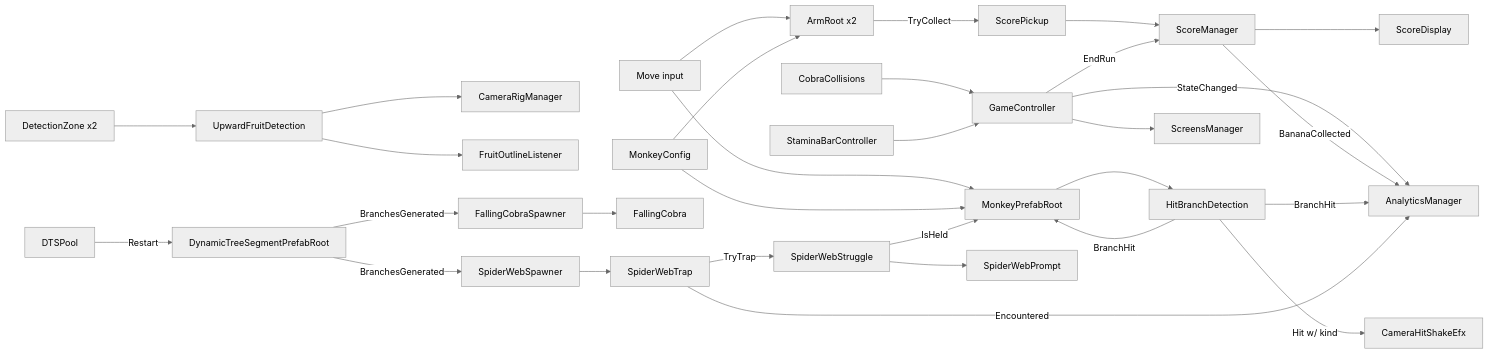
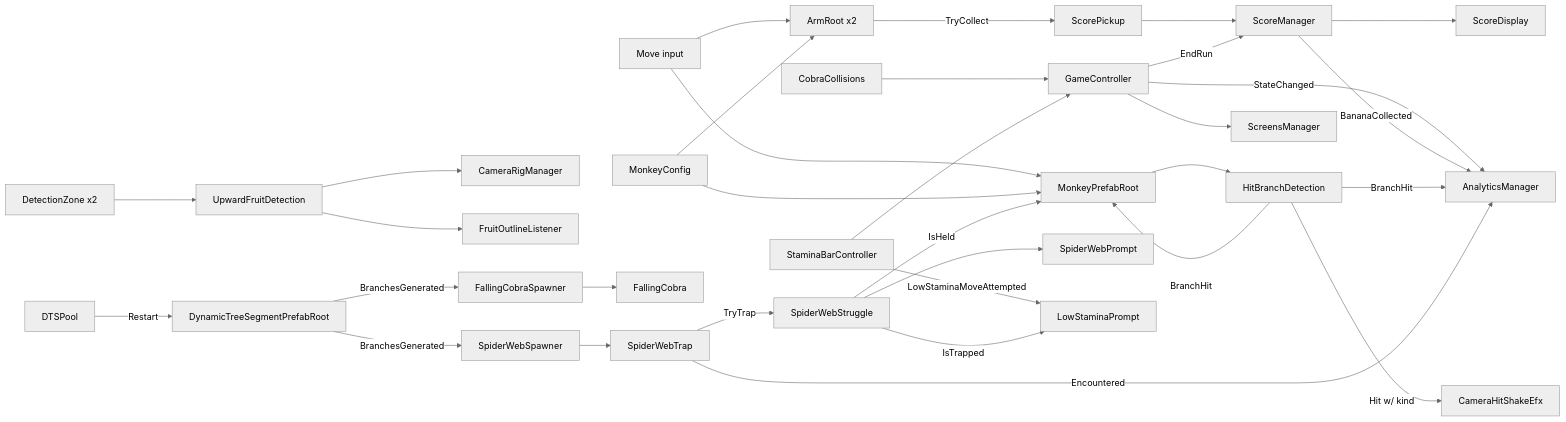
The diagram in CONTEXT.md (CSCI-526/Team4-Lu_Lu), drawn with Mermaid (neutral theme) before and after one commit. The commit also changed other lines of this file and 7 other files, not shown here.

First line of the commit message:
Add onboarding hints: tutorial goal line, Energy label, first low-stamina prompt

````diff
--- a/CONTEXT.md
+++ b/CONTEXT.md
@@ -61,32 +61,34 @@
 ```mermaid
 graph LR
   Input[Move input] --> Root[MonkeyPrefabRoot]
   Input --> Arm[ArmRoot x2]
   Cfg[MonkeyConfig] --> Root
   Cfg --> Arm
   Root --> Hit[HitBranchDetection]
   Hit -->|BranchHit| Root
   Hit -->|Hit w/ kind| Shake[CameraHitShakeEfx]
   Zones[DetectionZone x2] --> Fruit[UpwardFruitDetection]
   Fruit --> Cam[CameraRigManager]
   Fruit --> Outline[FruitOutlineListener]
   Arm -->|TryCollect| Pickup[ScorePickup]
   Pickup --> Score[ScoreManager]
   Score --> ScoreUI[ScoreDisplay]
   Cobra[CobraCollisions] --> Game[GameController]
   Stamina[StaminaBarController] --> Game
   Game --> Screens[ScreensManager]
   Game -->|EndRun| Score
   Pool[DTSPool] -->|Restart| Segment[DynamicTreeSegmentPrefabRoot]
   Segment -->|BranchesGenerated| Spawner[SpiderWebSpawner]
   Segment -->|BranchesGenerated| CobraSpawner[FallingCobraSpawner]
   CobraSpawner --> FallCobra[FallingCobra]
   Spawner --> Web[SpiderWebTrap]
   Web -->|TryTrap| Struggle[SpiderWebStruggle]
   Struggle -->|IsHeld| Root
   Struggle --> Prompt[SpiderWebPrompt]
+  Stamina -->|LowStaminaMoveAttempted| LowPrompt[LowStaminaPrompt]
+  Struggle -->|IsTrapped| LowPrompt
   Game -->|StateChanged| Analytics[AnalyticsManager]
   Score -->|BananaCollected| Analytics
   Hit -->|BranchHit| Analytics
   Web -->|Encountered| Analytics
 ```
````
